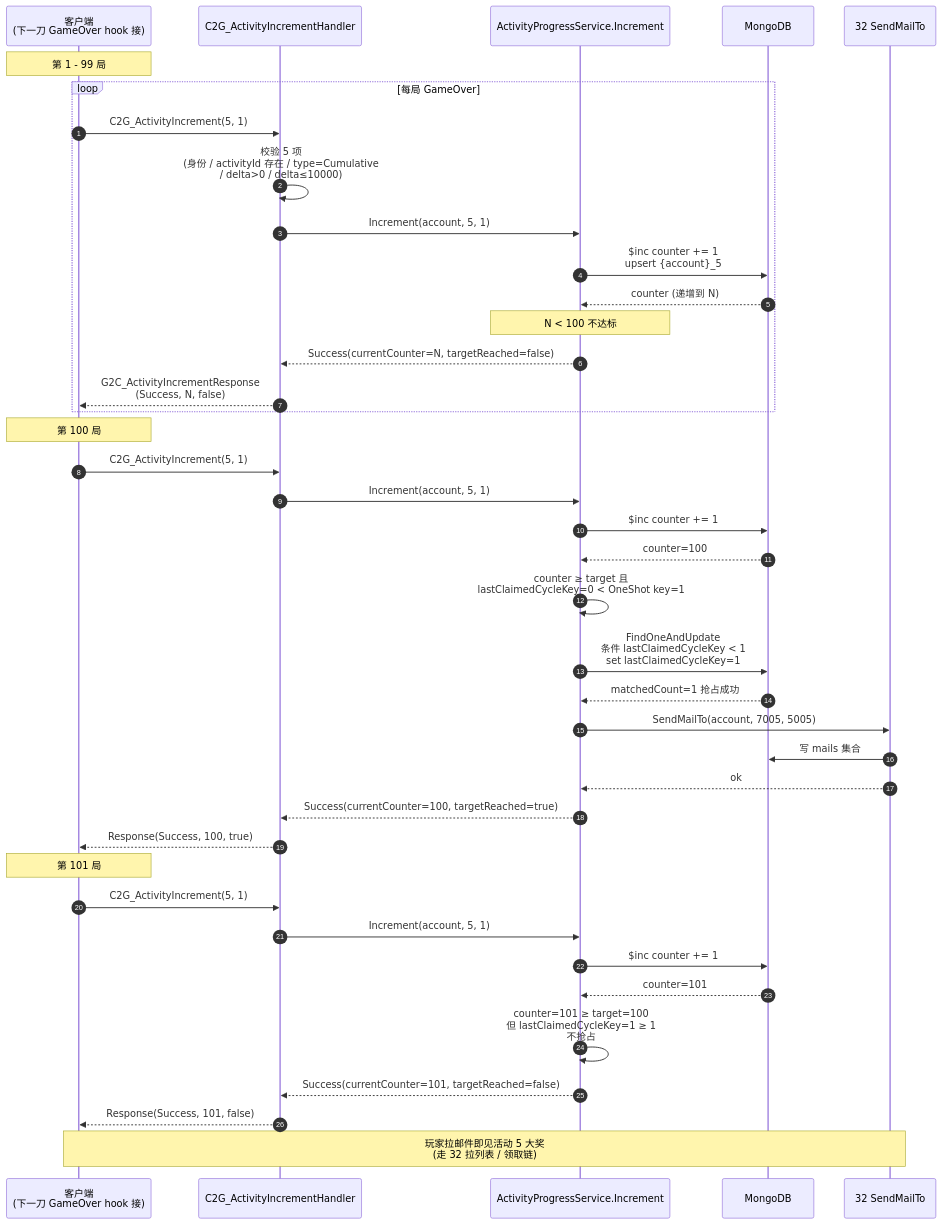
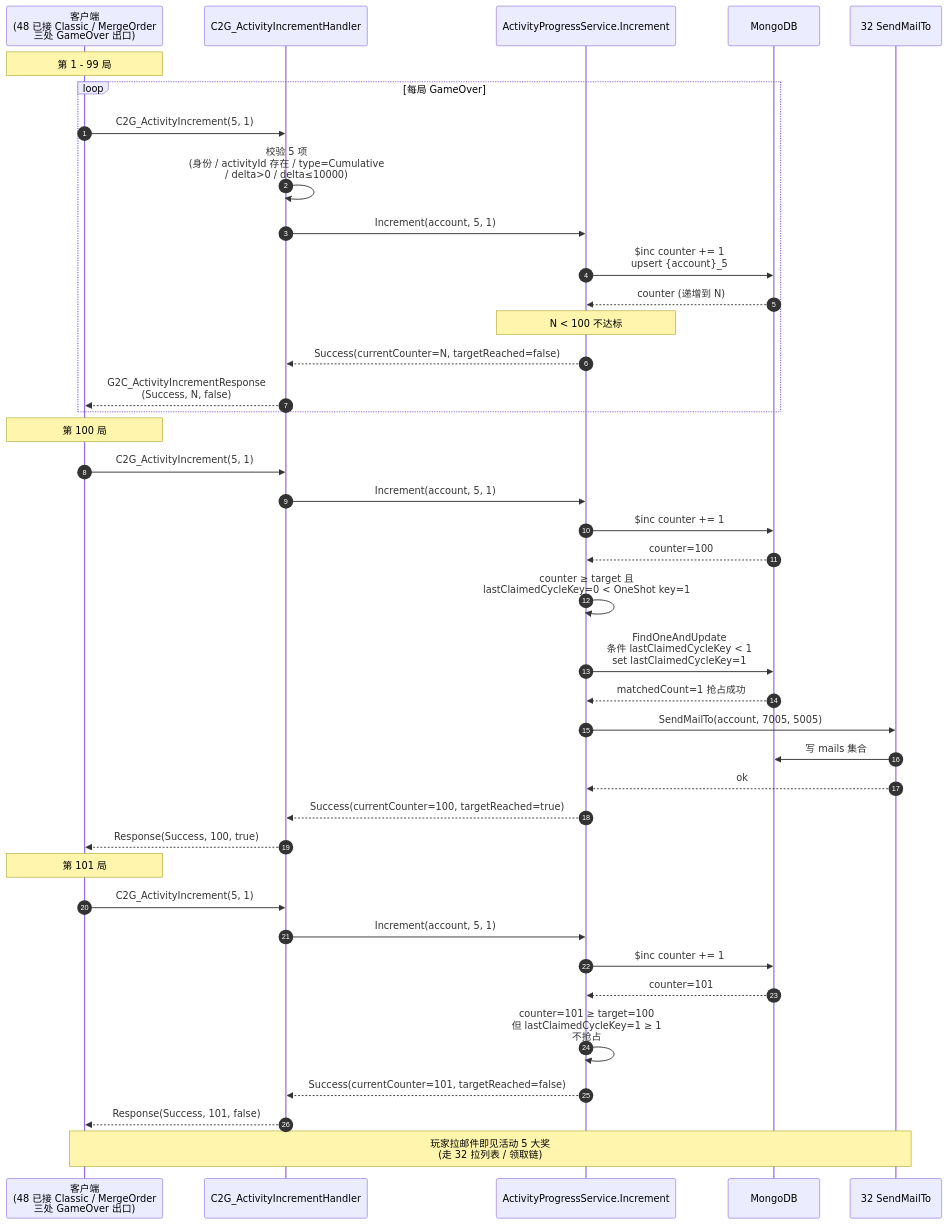
One commit to zhoupeng921101/TEngine_zp changed the fourth of 4 diagrams in UnityProject/design-docs/47-activity-cumulative.md. Above: the diagram before and after it, drawn with Mermaid. The commit also changed other lines of this file and 21 other files, not shown here.

````diff
--- a/UnityProject/design-docs/47-activity-cumulative.md
+++ b/UnityProject/design-docs/47-activity-cumulative.md
@@ -225,46 +225,46 @@
 ```mermaid
 sequenceDiagram
     autonumber
-    participant C as 客户端<br/>(下一刀 GameOver hook 接)
+    participant C as 客户端<br/>(48 已接 Classic / MergeOrder<br/>三处 GameOver 出口)
     participant H as C2G_ActivityIncrementHandler
     participant SVC as ActivityProgressService.Increment
     participant DB as MongoDB
     participant MAIL as 32 SendMailTo
 
     Note over C: 第 1 - 99 局
     loop 每局 GameOver
         C->>H: C2G_ActivityIncrement(5, 1)
         H->>H: 校验 5 项<br/>(身份 / activityId 存在 / type=Cumulative<br/>/ delta>0 / delta≤10000)
         H->>SVC: Increment(account, 5, 1)
         SVC->>DB: $inc counter += 1<br/>upsert {account}_5
         DB-->>SVC: counter (递增到 N)
         Note over SVC: N < 100 不达标
         SVC-->>H: Success(currentCounter=N, targetReached=false)
         H-->>C: G2C_ActivityIncrementResponse<br/>(Success, N, false)
     end
 
     Note over C: 第 100 局
     C->>H: C2G_ActivityIncrement(5, 1)
     H->>SVC: Increment(account, 5, 1)
     SVC->>DB: $inc counter += 1
     DB-->>SVC: counter=100
     SVC->>SVC: counter ≥ target 且<br/>lastClaimedCycleKey=0 < OneShot key=1
     SVC->>DB: FindOneAndUpdate<br/>条件 lastClaimedCycleKey < 1<br/>set lastClaimedCycleKey=1
     DB-->>SVC: matchedCount=1 抢占成功
     SVC->>MAIL: SendMailTo(account, 7005, 5005)
     MAIL->>DB: 写 mails 集合
     MAIL-->>SVC: ok
     SVC-->>H: Success(currentCounter=100, targetReached=true)
     H-->>C: Response(Success, 100, true)
 
     Note over C: 第 101 局
     C->>H: C2G_ActivityIncrement(5, 1)
     H->>SVC: Increment(account, 5, 1)
     SVC->>DB: $inc counter += 1
     DB-->>SVC: counter=101
     SVC->>SVC: counter=101 ≥ target=100<br/>但 lastClaimedCycleKey=1 ≥ 1<br/>不抢占
     SVC-->>H: Success(currentCounter=101, targetReached=false)
     H-->>C: Response(Success, 101, false)
 
     Note over C,MAIL: 玩家拉邮件即见活动 5 大奖<br/>(走 32 拉列表 / 领取链)
 ```
````
